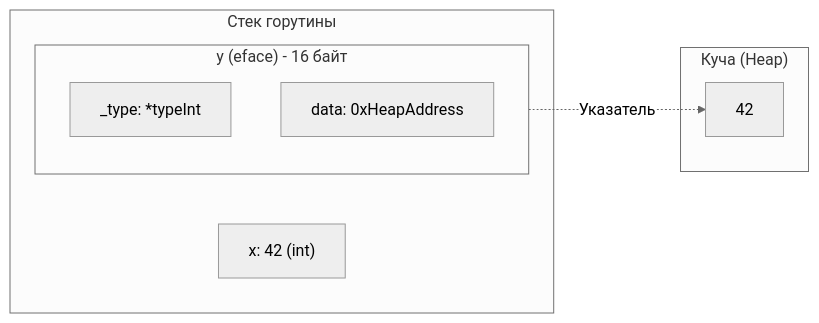
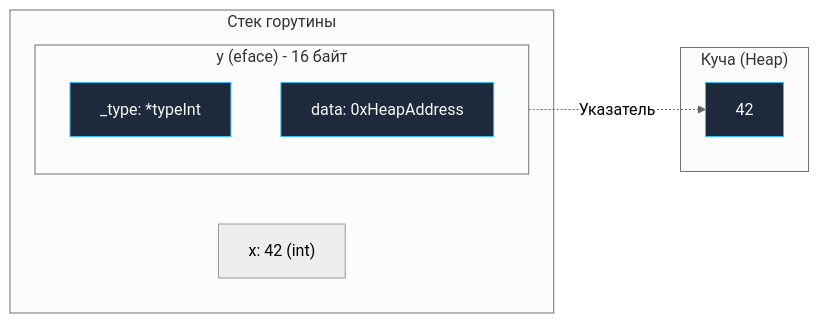
Before and after one commit to UnrealTemplier/go-textbook: the first of 3 diagrams in sources/7. Глубокий Go (Внутреннее устройство)/35. Интерфейсы под капотом. eface и iface.md, drawn with Mermaid (neutral theme). The commit also changed other lines of this file and 1666 other files, not shown here.

First line of the commit message:
feat(mermaid): add semantic color classDef to 1369 colorless flowchart/graph diagrams

````diff
--- a/sources/7. Глубокий Go (Внутреннее устройство)/35. Интерфейсы под капотом. eface и iface.md
+++ b/sources/7. Глубокий Go (Внутреннее устройство)/35. Интерфейсы под капотом. eface и iface.md
@@ -50,18 +50,28 @@
 ```mermaid
 flowchart LR
+    classDef process  fill:#1e293b,stroke:#38bdf8,stroke-width:1px,color:#f8fafc
+    classDef success  fill:#064e3b,stroke:#34d399,stroke-width:1px,color:#f8fafc
+    classDef error    fill:#7f1d1d,stroke:#f87171,stroke-width:1px,color:#f8fafc
+    classDef warning  fill:#78350f,stroke:#fbbf24,stroke-width:1px,color:#f8fafc
+    classDef entry    fill:#1e3a5f,stroke:#38bdf8,stroke-width:2px,color:#f8fafc
+    classDef aux      fill:#334155,stroke:#64748b,stroke-width:1px,color:#f8fafc
+    classDef system   fill:#312e81,stroke:#a78bfa,stroke-width:1px,color:#f8fafc
+    classDef data     fill:#132d29,stroke:#2dd4bf,stroke-width:1px,color:#f8fafc
+    classDef network  fill:#881337,stroke:#fb7185,stroke-width:1px,color:#f8fafc
+    classDef accent   fill:#1e1b4b,stroke:#818cf8,stroke-width:1px,color:#f8fafc
     subgraph STACK ["Стек горутины"]
         X["x: 42 (int)"]
         
         subgraph EFACE ["y (eface) - 16 байт"]
             direction TB
-            TYPE["_type: *typeInt"]
-            DATA["data: 0xHeapAddress"]
+            TYPE["_type: *typeInt"]:::process
+            DATA["data: 0xHeapAddress"]:::process
         end
     end
     
     subgraph HEAP ["Куча (Heap)"]
-        HEAP_DATA["42"]
+        HEAP_DATA["42"]:::process
     end
     
     DATA -.->|"Указатель"| HEAP_DATA
 ```
````
